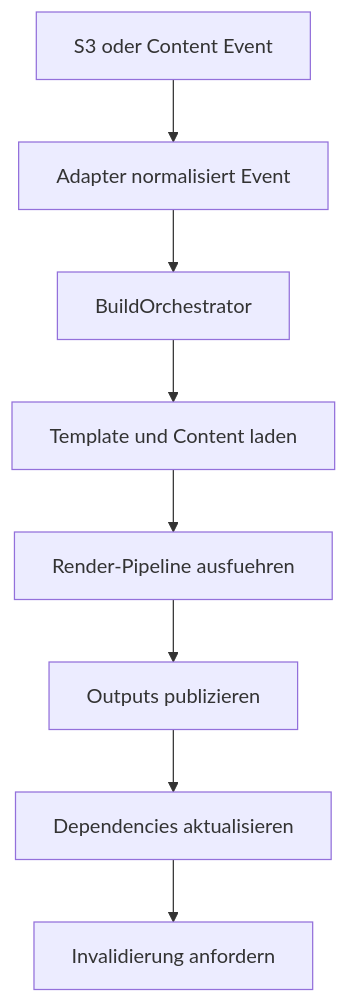
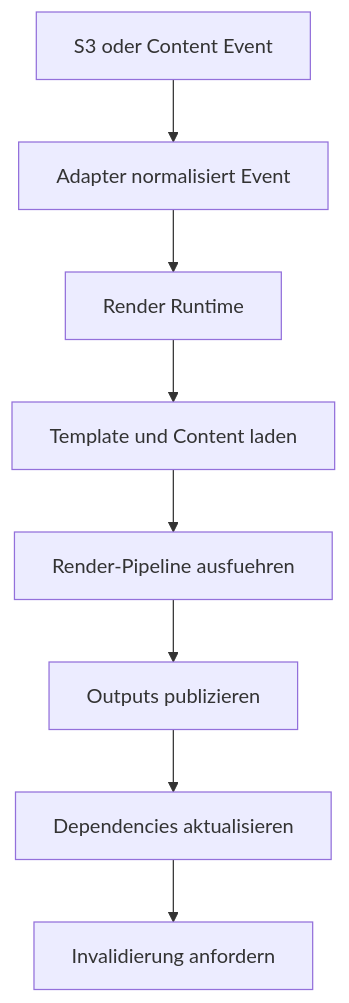
Before and after one commit to ProjectDocHelp/S3TemplateEngine: the second of 2 diagrams in docs/architecture.md, drawn with Mermaid. The commit also changed other lines of this file and 8 other files, not shown here.

````diff
--- a/docs/architecture.md
+++ b/docs/architecture.md
@@ -91,10 +91,10 @@
 ```mermaid
 flowchart TD
   A[S3 oder Content Event] --> B[Adapter normalisiert Event]
-  B --> C[BuildOrchestrator]
+  B --> C[Render Runtime]
   C --> D[Template und Content laden]
   D --> E[Render-Pipeline ausfuehren]
   E --> F[Outputs publizieren]
   F --> G[Dependencies aktualisieren]
   G --> H[Invalidierung anfordern]
 ```
````
